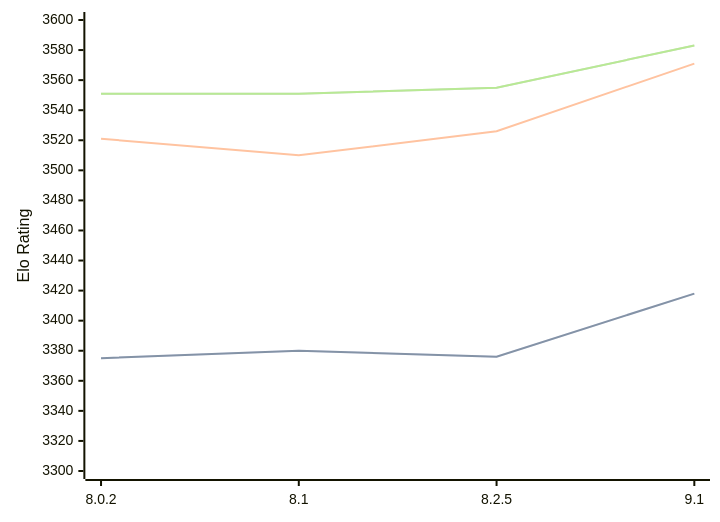
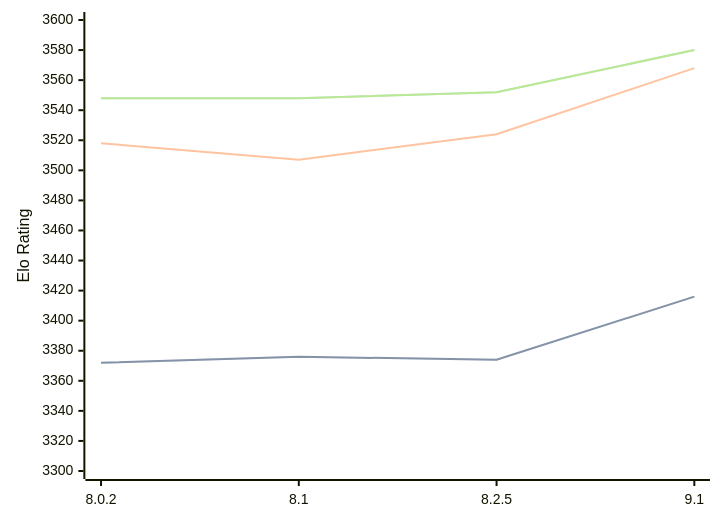
One commit to computer-chess-index/cci changed the diagram in engines/Clover.md. Above: the diagram before and after it, drawn with Mermaid. The commit also changed other lines of this file, not shown here.

Commit message:
Update CCI Ratings (ELO VLTC) - 2026-04-23

````diff
--- a/engines/Clover.md
+++ b/engines/Clover.md
@@ -64,11 +64,11 @@
 ```mermaid
 %%{init: {"theme":"base","themeVariables":{"seriesColors:['#a3a3a3','#222221','#faa371']}}}%%
 xychart-beta
   x-axis ["8.0.2", "8.1", "8.2.5", "9.1"]
   y-axis "Elo Rating" 3300 --> 3600
-  line "STC (8.0+0.08s)" [3375, 3380, 3376, 3418]
-  line "STC (8.0+0.08s)" [3375, 3380, 3376, 3418]
-  line "LTC (60.0+0.60s)" [3521, 3510, 3526, 3571]
-  line "VLTC (2m24s+1.12s)" [3551, 3551, 3555, 3583]
-  line "VLTC (2m24s+1.12s)" [3551, 3551, 3555, 3583]
+  line "STC (8.0+0.08s)" [3372, 3376, 3374, 3416]
+  line "STC (8.0+0.08s)" [3372, 3376, 3374, 3416]
+  line "LTC (60.0+0.60s)" [3518, 3507, 3524, 3568]
+  line "VLTC (2m24s+1.12s)" [3548, 3548, 3552, 3580]
+  line "VLTC (2m24s+1.12s)" [3548, 3548, 3552, 3580]
 ```
````
